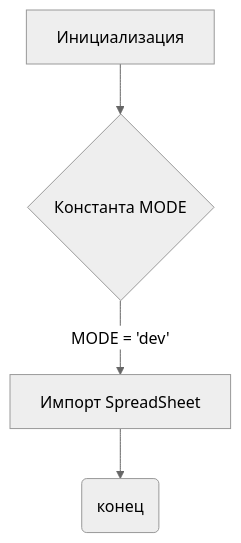
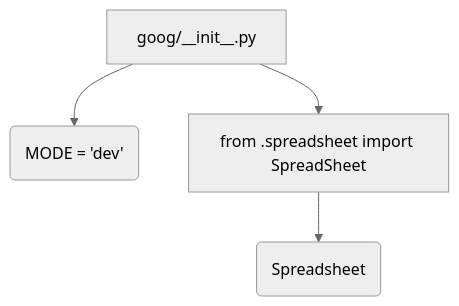
The diagram in docs/gemini/ru/explainer/src/goog/__init__.md (hypo69/hypo), drawn with Mermaid (neutral theme) before and after one commit. The commit also changed other lines of this file and 877 other files, not shown here.

````diff
--- a/docs/gemini/ru/explainer/src/goog/__init__.md
+++ b/docs/gemini/ru/explainer/src/goog/__init__.md
@@ -26,6 +41,6 @@
 ```mermaid
 graph TD
-    A[Инициализация] --> B{Константа MODE};
-    B -- MODE = 'dev' --> C[Импорт SpreadSheet];
-    C --> D(конец);
+    A[goog/__init__.py] --> B(MODE = 'dev');
+    A --> C[from .spreadsheet import SpreadSheet];
+    C --> D(Spreadsheet);
 ```
````
